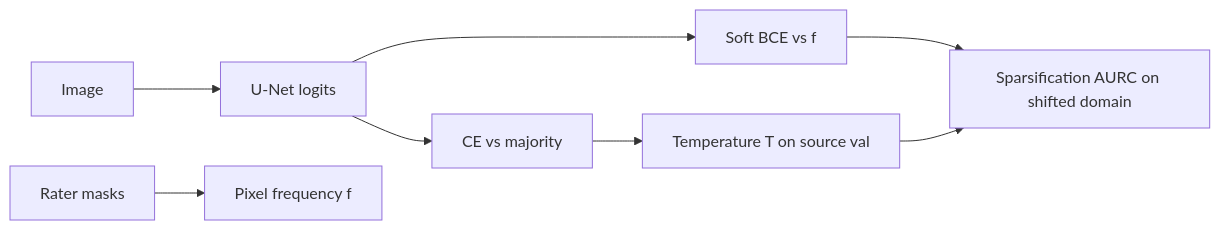
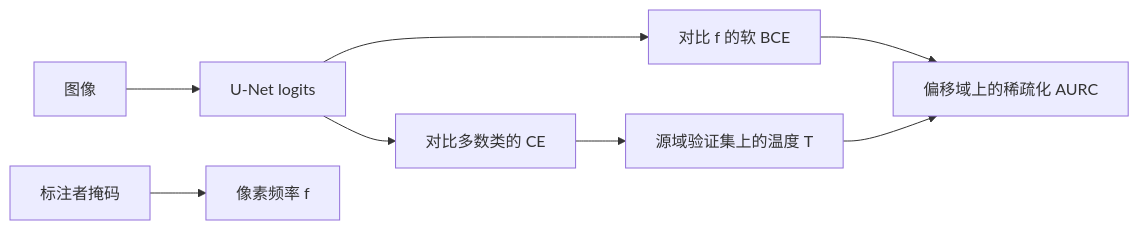
Before and after one commit to songkang688/idea: the diagram in Windows1/Idea_03/diagrams/architecture.md, drawn with Mermaid. The commit also changed other lines of this file and 36 other files, not shown here.

````diff
--- a/Windows1/Idea_03/diagrams/architecture.md
+++ b/Windows1/Idea_03/diagrams/architecture.md
@@ -3,10 +3,10 @@
 ```mermaid
 flowchart LR
-  X[Image] --> UNet[U-Net logits]
-  R[Rater masks] --> F[Pixel frequency f]
-  UNet --> Soft[Soft BCE vs f]
-  UNet --> Hard[CE vs majority]
-  Hard --> TS[Temperature T on source val]
-  Soft --> AURC[Sparsification AURC on shifted domain]
+  X[图像] --> UNet[U-Net logits]
+  R[标注者掩码] --> F[像素频率 f]
+  UNet --> Soft[对比 f 的软 BCE]
+  UNet --> Hard[对比多数类的 CE]
+  Hard --> TS[源域验证集上的温度 T]
+  Soft --> AURC[偏移域上的稀疏化 AURC]
   TS --> AURC
 ```
````
